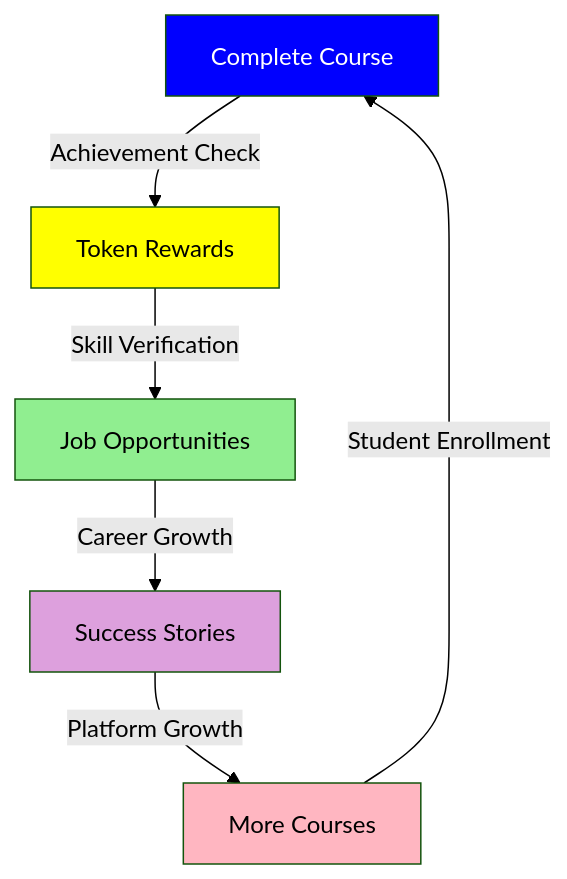
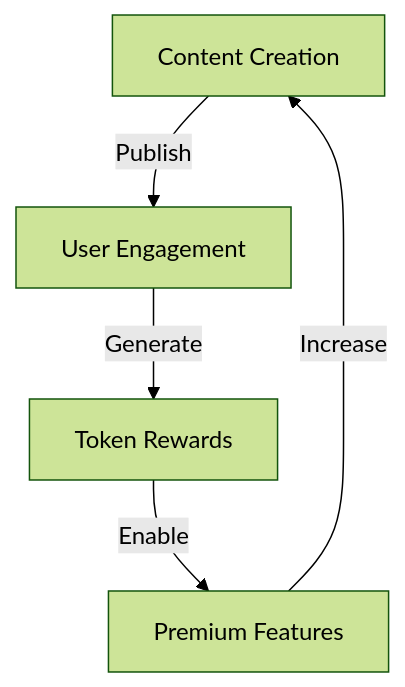
Before and after one commit to MEMEFANS/memefans: the sixth of 7 diagrams in docs/whitepaper/use-cases.md, drawn with Mermaid (forest theme). The commit also changed other lines of this file and 32 other files, not shown here.

````diff
--- a/docs/whitepaper/use-cases.md
+++ b/docs/whitepaper/use-cases.md
@@ -162,14 +183,7 @@
-<div class="mermaid">
+```mermaid
 graph TD
-    A[Complete Course] -->|Achievement Check| B[Token Rewards]
-    B -->|Skill Verification| C[Job Opportunities]
-    C -->|Career Growth| D[Success Stories]
-    D -->|Platform Growth| E[More Courses]
-    E -->|Student Enrollment| A
-    
-    style A fill:#0000FF,color:#FFFFFF
-    style B fill:#FFFF00,color:#000000
-    style C fill:#90EE90,color:#000000
-    style D fill:#DDA0DD,color:#000000
-    style E fill:#FFB6C1,color:#000000
-</div>
+    A[Content Creation] -->|Publish| B[User Engagement]
+    B -->|Generate| C[Token Rewards]
+    C -->|Enable| D[Premium Features]
+    D -->|Increase| A
+```
````
